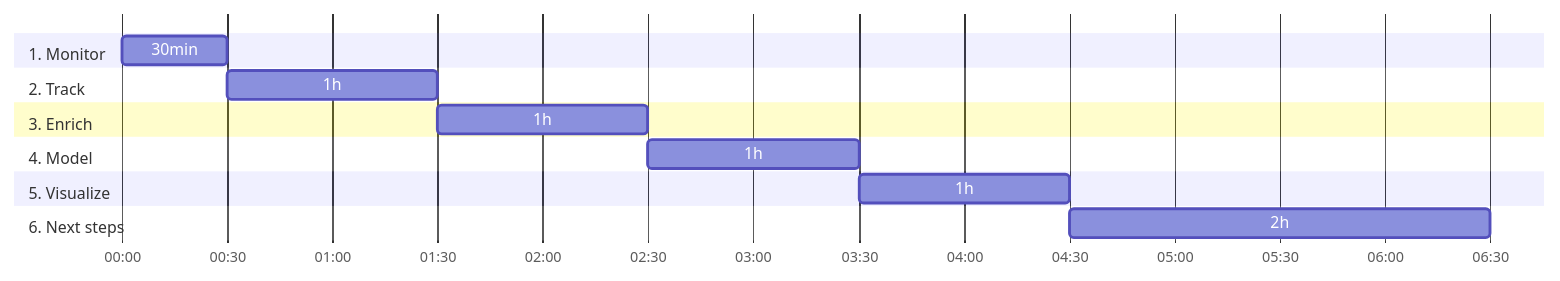
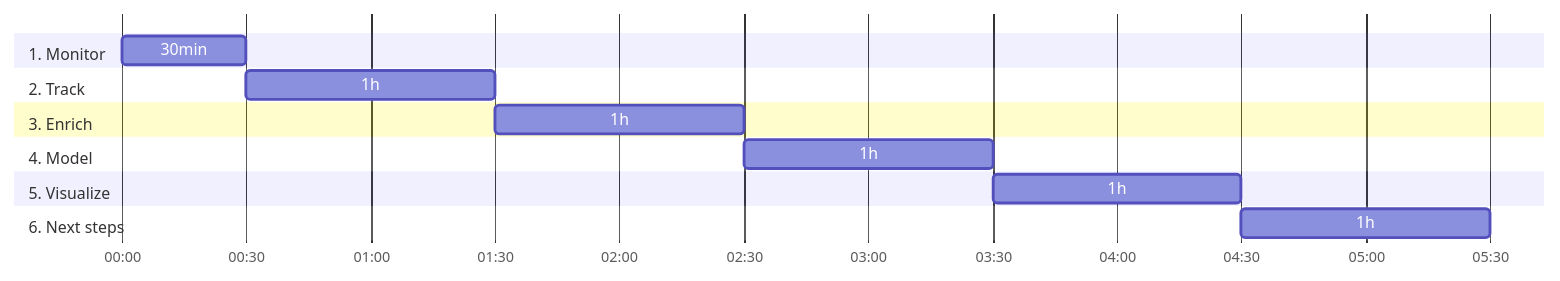
One commit to snowplow-incubator/snowplow-core-web-vitals-accelerator changed the diagram in content/_index.md. Above: the diagram before and after it, drawn with Mermaid. The commit also changed other lines of this file, not shown here.

Commit message:
Change next steps time

```diff
--- a/content/_index.md
+++ b/content/_index.md
@@ -46,18 +46,18 @@
 {{<mermaid>}}
 gantt
 dateFormat HH-mm
 axisFormat %H:%M
 section 1. Monitor
 30min :monitor, 00-00, 30m
 section 2. Track
 1h :track, after monitor, 1h
 section 3. Enrich
 1h :enrich, after track, 1h
 section 4. Model
 1h :model, after enrich, 1h
 section 5. Visualize
 1h :visualize, after model, 1h
 section 6. Next steps
-2h :next steps, after visualize, 2h
+1h :next steps, after visualize, 1h
 
 {{</mermaid >}}
```
